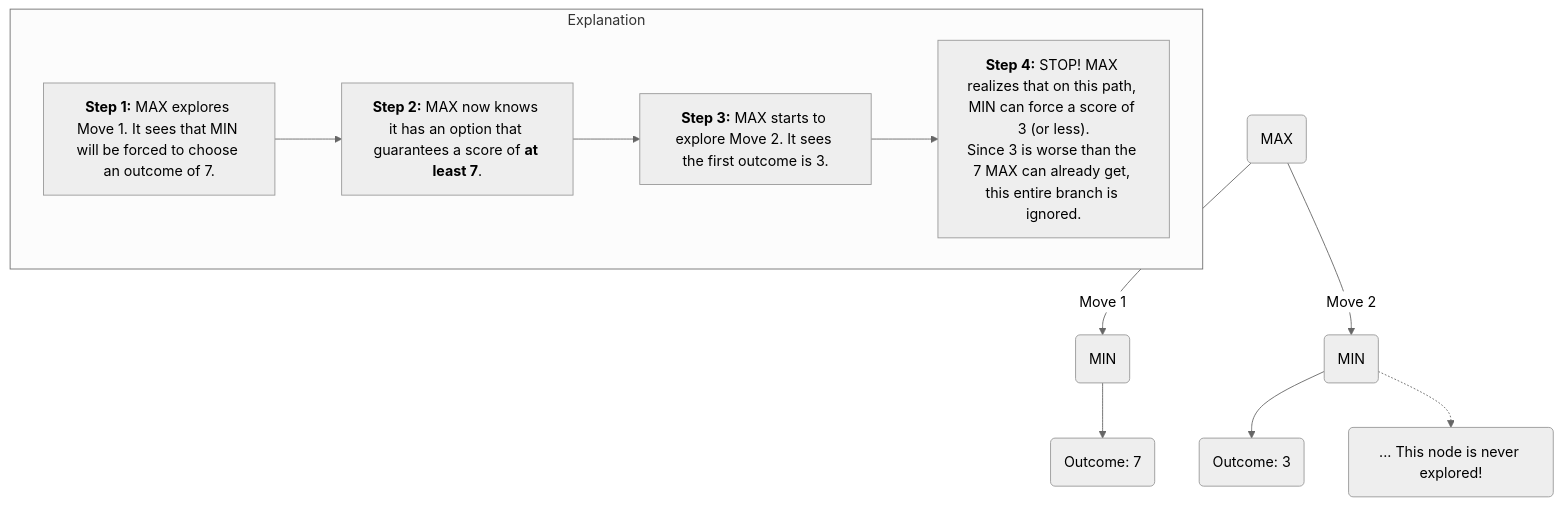
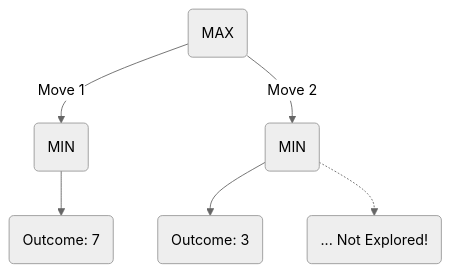
The fourth of 4 diagrams in _posts/2025-08-08-ai-search-algorithms-a-z.md (eltay89/eltay89.github.io), drawn with Mermaid (neutral theme) before and after one commit. The commit also changed other lines of this file, not shown here.

````diff
--- a/_posts/2025-08-08-ai-search-algorithms-a-z.md
+++ b/_posts/2025-08-08-ai-search-algorithms-a-z.md
@@ -154,17 +157,10 @@
 ```mermaid
 graph TD
     A("MAX") -- "Move 1" --> B("MIN");
     A -- "Move 2" --> C("MIN");
     
     B --> D("Outcome: 7");
     
     C --> F("Outcome: 3");
-    C -.-> G("... This node is never explored!");
-
-    subgraph "Explanation"
-      L1["<b>Step 1:</b> MAX explores Move 1. It sees that MIN will be forced to choose an outcome of 7."] -->
-      L2["<b>Step 2:</b> MAX now knows it has an option that guarantees a score of <b>at least 7</b>."] -->
-      L3["<b>Step 3:</b> MAX starts to explore Move 2. It sees the first outcome is 3."] -->
-      L4["<b>Step 4:</b> STOP! MAX realizes that on this path, MIN can force a score of 3 (or less).<br>Since 3 is worse than the 7 MAX can already get, this entire branch is ignored."]
-    end
+    C -.-> G("... Not Explored!");
 ```
````
